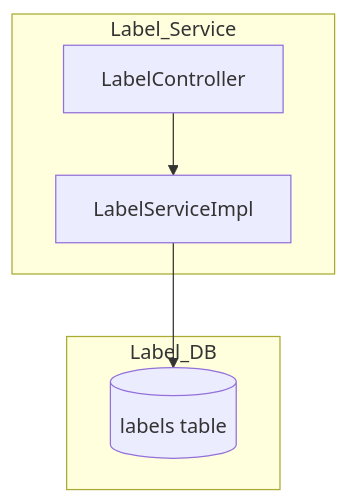
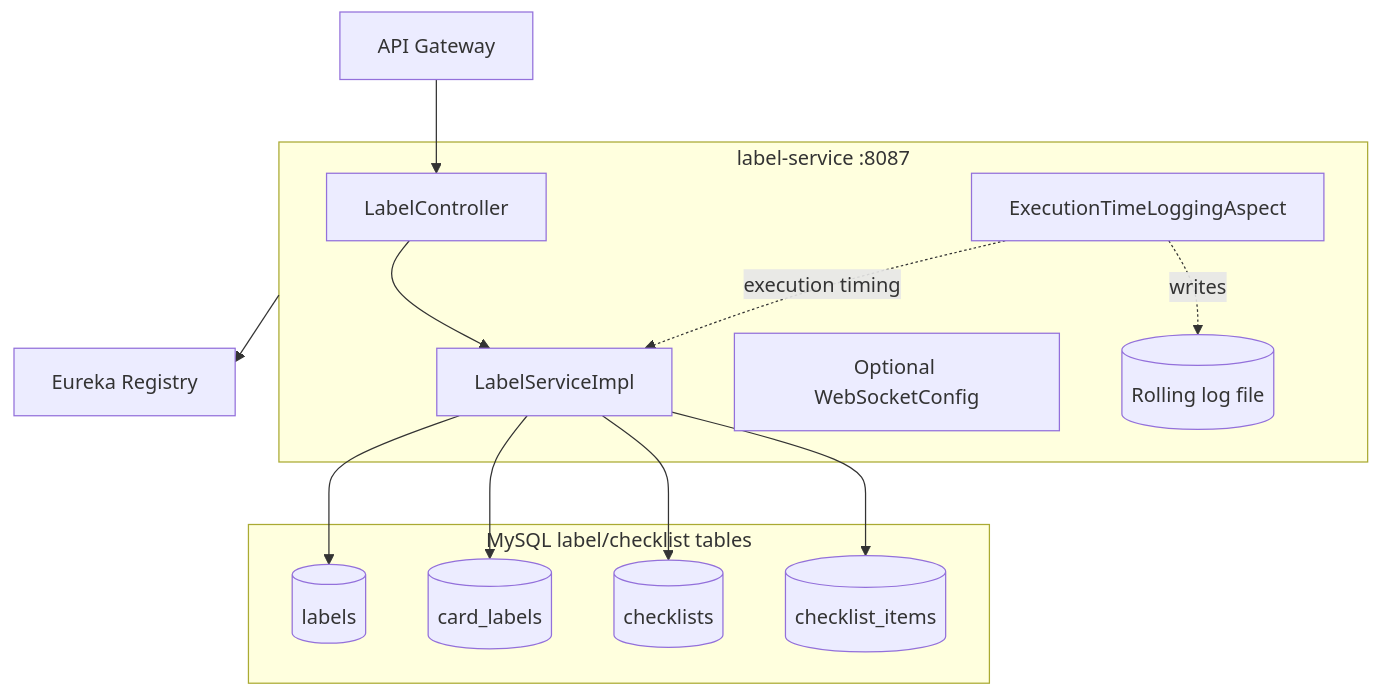
One commit to Prashant-kumar-sharma/FlowBoard-Backend changed the fourth of 4 diagrams in docs/services/label-service/diagrams.md. Above: the diagram before and after it, drawn with Mermaid. The commit also changed other lines of this file and 10 other files, not shown here.

Commit message:
[Prashant] : Added Diagrams for all the services

````diff
--- a/docs/services/label-service/diagrams.md
+++ b/docs/services/label-service/diagrams.md
@@ -47,12 +101,30 @@
 ```mermaid
 flowchart TD
-    subgraph Label_Service
+    Gateway[API Gateway] --> LabelController
+
+    subgraph Label_Service["label-service :8087"]
         LabelController
         LabelServiceImpl
+        WebSocket[Optional WebSocketConfig]
+        AOP[ExecutionTimeLoggingAspect]
+        Logs[(Rolling log file)]
     end
-    subgraph Label_DB
-        labels[(labels table)]
+
+    subgraph Label_DB["MySQL label/checklist tables"]
+        Labels[(labels)]
+        CardLabels[(card_labels)]
+        Checklists[(checklists)]
+        Items[(checklist_items)]
     end
+
+    Eureka[Eureka Registry]
+
     LabelController --> LabelServiceImpl
-    LabelServiceImpl --> labels
+    LabelServiceImpl --> Labels
+    LabelServiceImpl --> CardLabels
+    LabelServiceImpl --> Checklists
+    LabelServiceImpl --> Items
+    Label_Service --> Eureka
+    AOP -.execution timing.-> LabelServiceImpl
+    AOP -.writes.-> Logs
 ```
````
